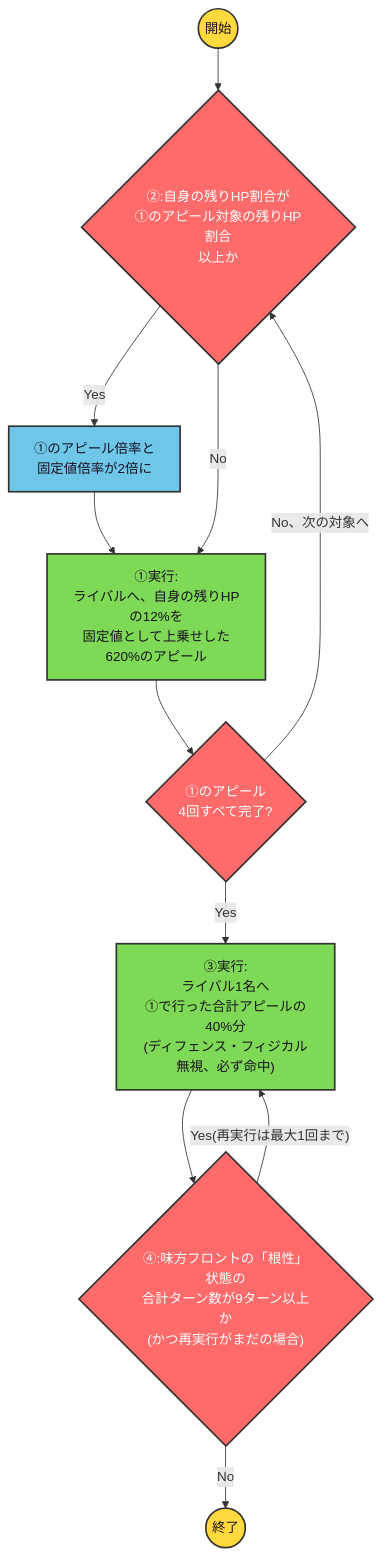
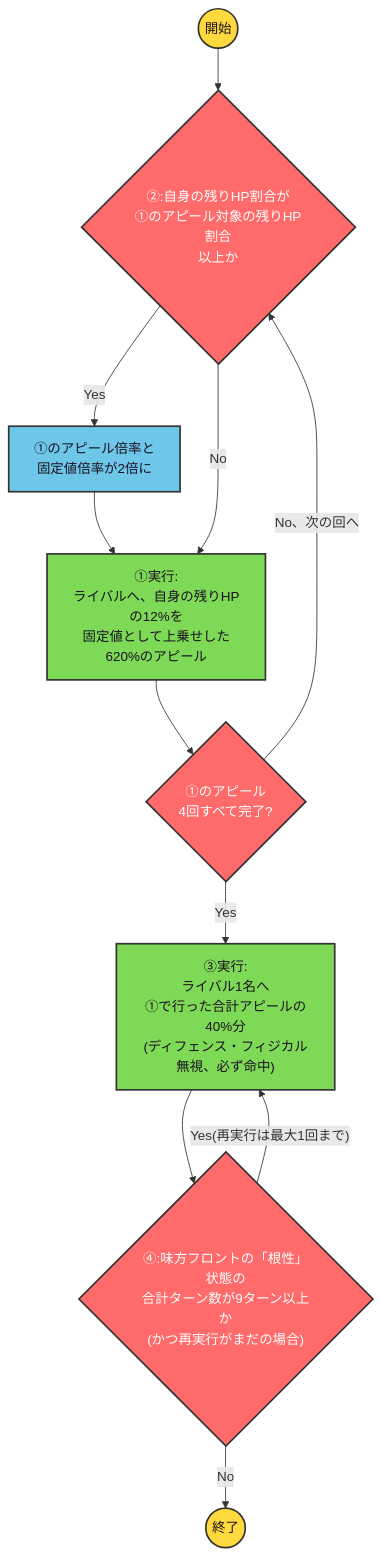
One commit to ryomochi0918/nogifra-characters changed the diagram in data/ichinose_miku/17hunkan_skill2.mmd. Above: the diagram before and after it, drawn with Mermaid. The commit also changed 64 other files, not shown here.

```diff
--- a/data/ichinose_miku/17hunkan_skill2.mmd
+++ b/data/ichinose_miku/17hunkan_skill2.mmd
@@ -1,15 +1,15 @@
 flowchart TD
     classDef startend fill:#FFD93D,stroke:#333,stroke-width:2px,color:#1a1220;
     classDef cond fill:#FF6B6B,stroke:#333,stroke-width:2px,color:#ffffff;
     classDef effect fill:#6EC6E8,stroke:#333,stroke-width:2px,color:#1a1220;
     classDef action fill:#7ED957,stroke:#333,stroke-width:2px,color:#1a1220;
 
     start(("開始")):::startend --> c2{"②:自身の残りHP割合が<br/>①のアピール対象の残りHP割合<br/>以上か"}:::cond
     c2 -->|"Yes"| e2["①のアピール倍率と<br/>固定値倍率が2倍に"]:::effect --> a1
     c2 -->|"No"| a1["①実行:<br/>ライバルへ、自身の残りHPの12%を<br/>固定値として上乗せした620%のアピール"]:::action
     a1 --> lc{"①のアピール<br/>4回すべて完了?"}:::cond
-    lc -->|"No、次の対象へ"| c2
+    lc -->|"No、次の回へ"| c2
     lc -->|"Yes"| a3["③実行:<br/>ライバル1名へ<br/>①で行った合計アピールの40%分<br/>(ディフェンス・フィジカル無視、必ず命中)"]:::action
     a3 --> c4{"④:味方フロントの「根性」状態の<br/>合計ターン数が9ターン以上か<br/>(かつ再実行がまだの場合)"}:::cond
     c4 -->|"Yes(再実行は最大1回まで)"| a3
     c4 -->|"No"| finish(("終了")):::startend
```
